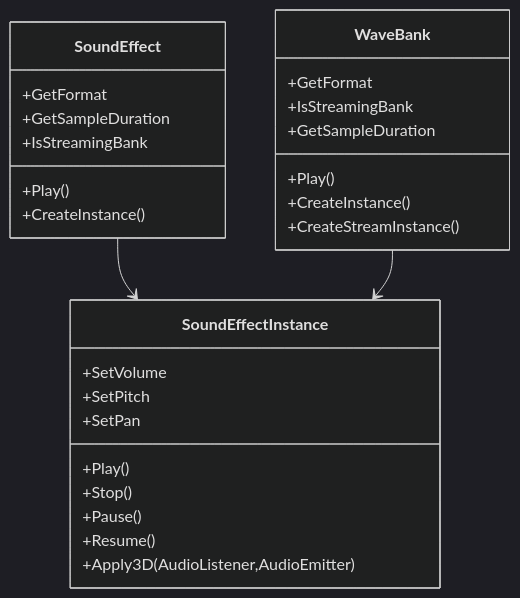
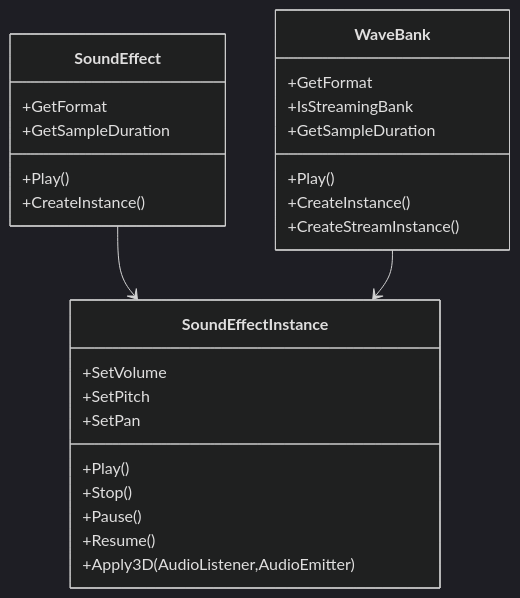
The diagram in SoundEffectInstance.md (neogrammer/Wiki), drawn with Mermaid (dark theme) before and after one commit.

Commit message:
Updated SoundEffectInstance (markdown)

````diff
--- a/SoundEffectInstance.md
+++ b/SoundEffectInstance.md
@@ -12,30 +12,29 @@
 ```mermaid
 classDiagram
 class SoundEffect{
    +GetFormat
    +GetSampleDuration
-   +IsStreamingBank
    +Play()
    +CreateInstance()
 }
 class WaveBank{
    +GetFormat
    +IsStreamingBank
    +GetSampleDuration
    +Play()
    +CreateInstance()
    +CreateStreamInstance()
 }
 class SoundEffectInstance{
    +SetVolume
    +SetPitch
    +SetPan
    +Play()
    +Stop()
    +Pause()
    +Resume()
    +Apply3D(AudioListener,AudioEmitter)
 }
 SoundEffect --> SoundEffectInstance
 WaveBank --> SoundEffectInstance
 ```
````
